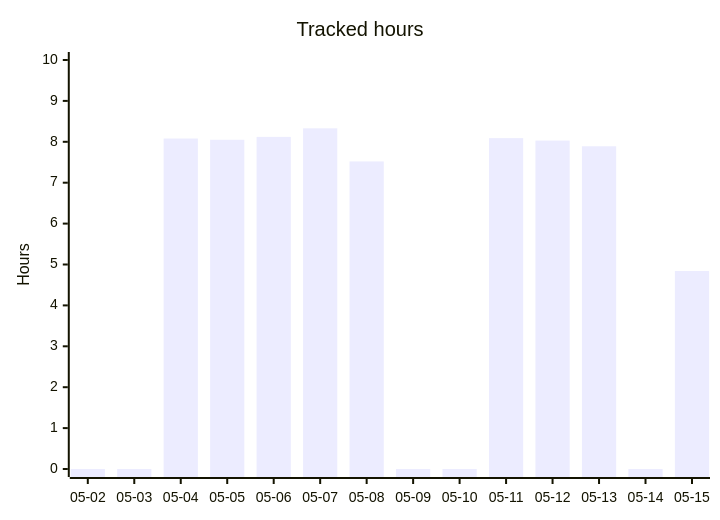
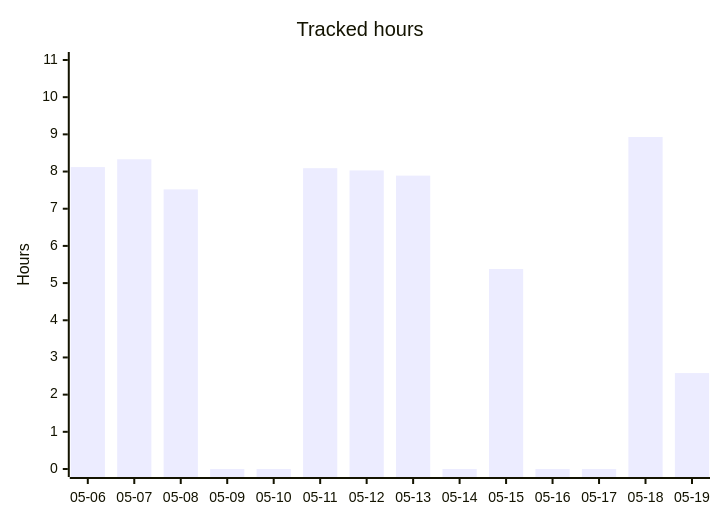
The second of 5 diagrams in README.org (albinforsberg-netizen/timeclock), drawn with Mermaid before and after one commit. The commit also changed other lines of this file, not shown here.

```diff
--- a/README.org
+++ b/README.org
@@ -86,7 +88,7 @@
 #+begin_src mermaid
 xychart-beta
     title "Tracked hours"
-    x-axis ["05-02", "05-03", "05-04", "05-05", "05-06", "05-07", "05-08", "05-09", "05-10", "05-11", "05-12", "05-13", "05-14", "05-15"]
-    y-axis "Hours" 0 --> 10
-    bar [0.00, 0.00, 8.08, 8.05, 8.12, 8.33, 7.52, 0.00, 0.00, 8.09, 8.03, 7.89, 0.00, 4.84]
+    x-axis ["05-06", "05-07", "05-08", "05-09", "05-10", "05-11", "05-12", "05-13", "05-14", "05-15", "05-16", "05-17", "05-18", "05-19"]
+    y-axis "Hours" 0 --> 11
+    bar [8.12, 8.33, 7.52, 0.00, 0.00, 8.09, 8.03, 7.89, 0.00, 5.38, 0.00, 0.00, 8.93, 2.58]
 #+end_src
```
